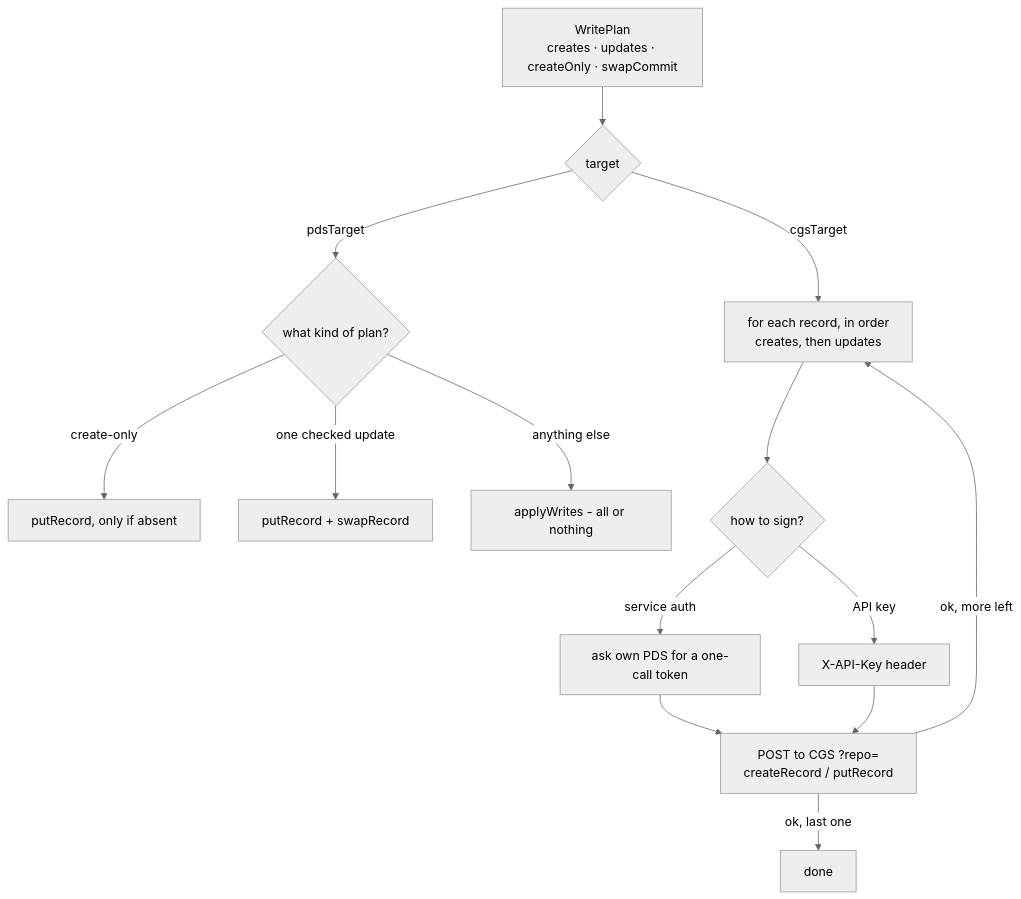
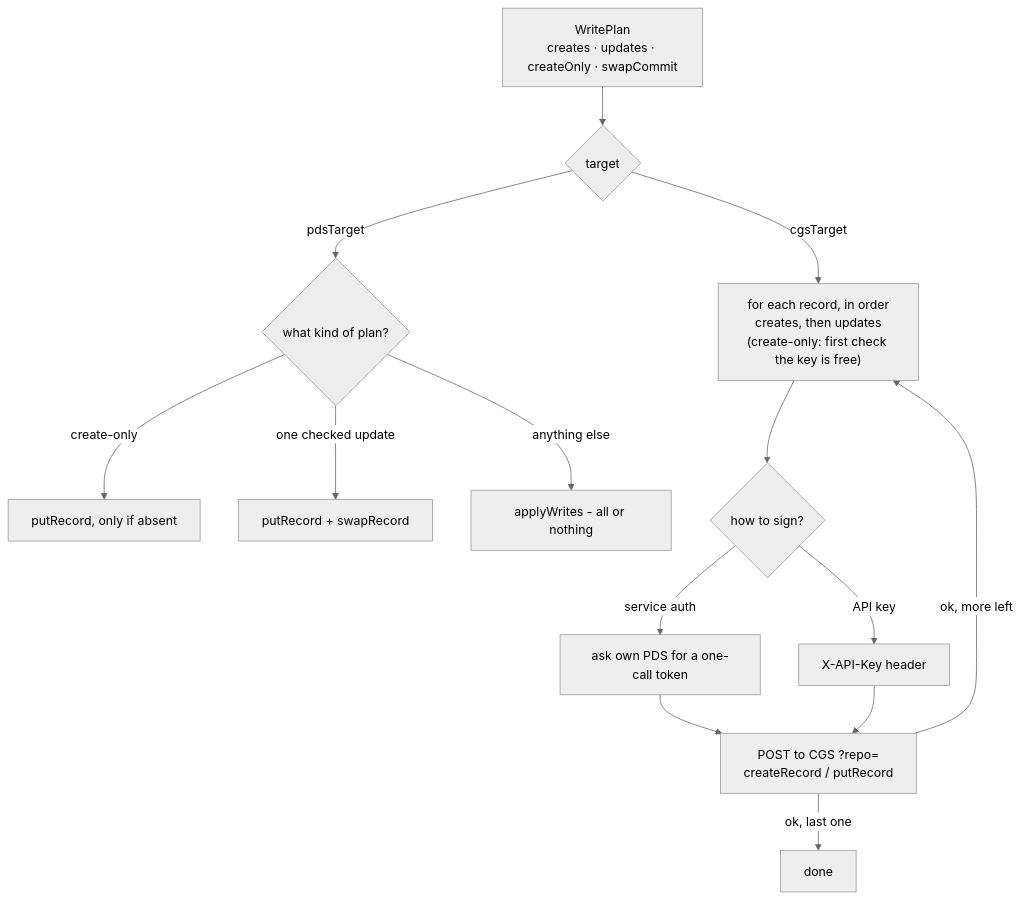
Before and after one commit to hypercerts-org/sdk: the third of 4 diagrams in docs/org-writes.md, drawn with Mermaid (neutral theme).

Commit message:
docs: show the create-only key check in the CGS send diagram

````diff
--- a/docs/org-writes.md
+++ b/docs/org-writes.md
@@ -61,15 +61,15 @@
 ```mermaid
 flowchart TB
   P["WritePlan<br/>creates · updates · createOnly · swapCommit"] --> T{"target"}
   T -->|pdsTarget| PS{"what kind of plan?"}
   PS -->|create-only| P1["putRecord, only if absent"]
   PS -->|one checked update| P2["putRecord + swapRecord"]
   PS -->|anything else| P3["applyWrites - all or nothing"]
-  T -->|cgsTarget| L["for each record, in order<br/>creates, then updates"]
+  T -->|cgsTarget| L["for each record, in order<br/>creates, then updates<br/>(create-only: first check the key is free)"]
   L --> SIGN{"how to sign?"}
   SIGN -->|service auth| S1["ask own PDS for a one-call token"]
   SIGN -->|API key| S2["X-API-Key header"]
   S1 & S2 --> SEND["POST to CGS ?repo=<br/>createRecord / putRecord"]
   SEND -->|ok, more left| L
   SEND -->|ok, last one| DONE["done"]
 ```
````
